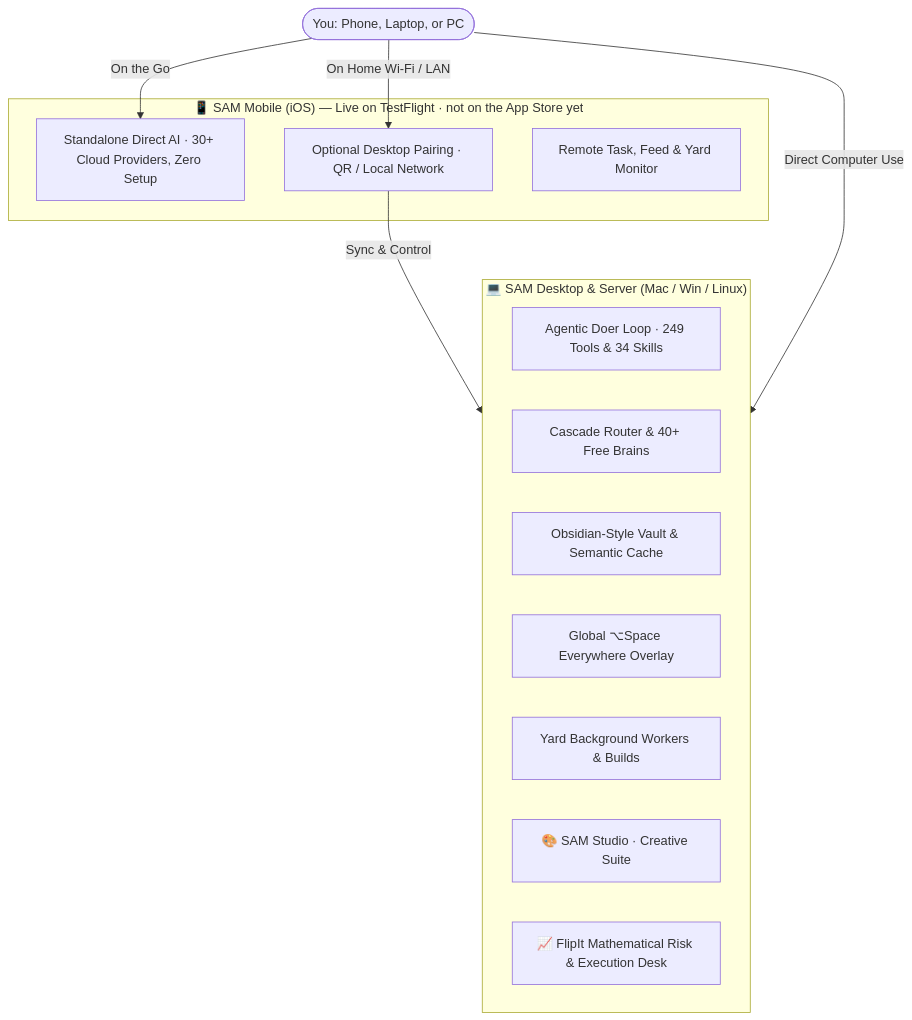
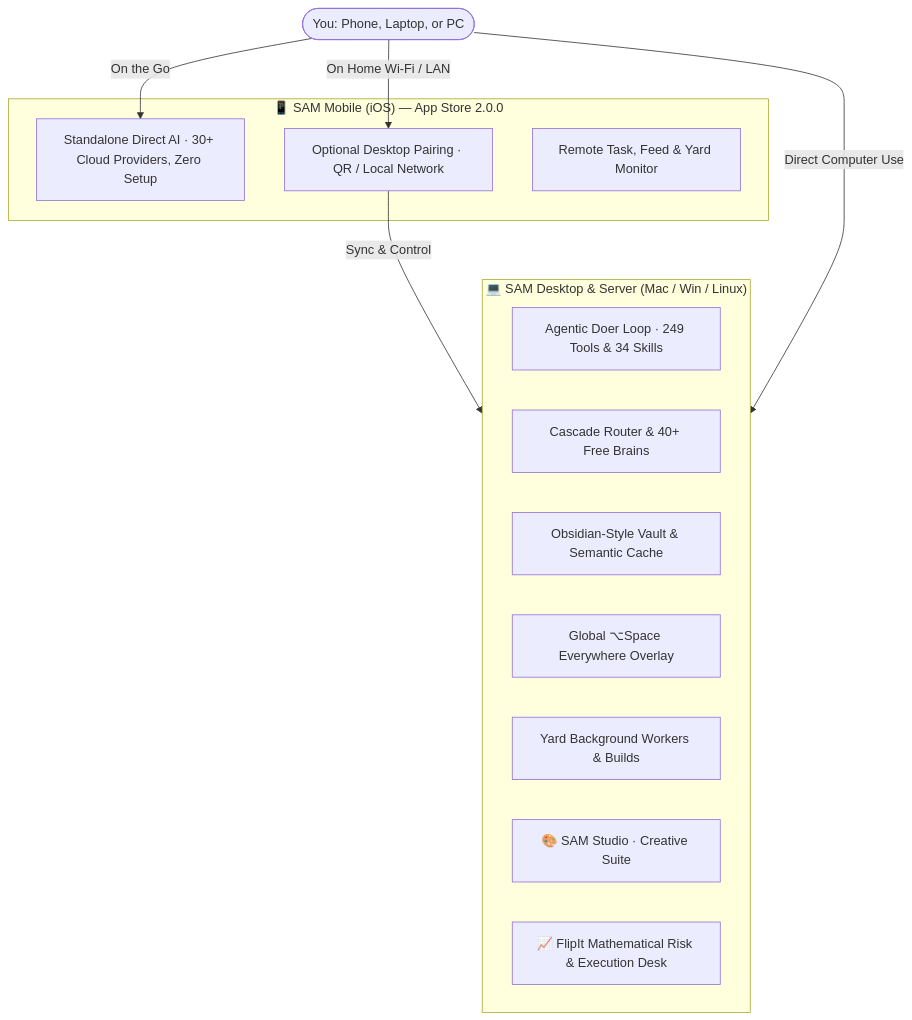
One commit to richhabits/sam changed the diagram in README.md. Above: the diagram before and after it, drawn with Mermaid. The commit also changed other lines of this file and 4 other files, not shown here.

````diff
--- a/README.md
+++ b/README.md
@@ -42,25 +42,25 @@
 ```mermaid
 graph TD
     User([You: Phone, Laptop, or PC])
     
-    subgraph Mobile ["📱 SAM Mobile (iOS) — Live on TestFlight · not on the App Store yet"]
+    subgraph Mobile ["📱 SAM Mobile (iOS) — App Store 2.0.0"]
         MobileAI[Standalone Direct AI · 30+ Cloud Providers, Zero Setup]
         MobilePair[Optional Desktop Pairing · QR / Local Network]
         MobileYard[Remote Task, Feed & Yard Monitor]
     end
     
     subgraph Core ["💻 SAM Desktop & Server (Mac / Win / Linux)"]
         Agent[Agentic Doer Loop · 249 Tools & 34 Skills]
         Cascade[Cascade Router & 40+ Free Brains]
         Memory[Obsidian-Style Vault & Semantic Cache]
         Overlay[Global ⌥Space Everywhere Overlay]
         Yard[Yard Background Workers & Builds]
         Studio[🎨 SAM Studio · Creative Suite]
         FlipIt[📈 FlipIt Mathematical Risk & Execution Desk]
     end
 
     User -->|On the Go| MobileAI
     User -->|On Home Wi-Fi / LAN| MobilePair
     MobilePair -->|Sync & Control| Core
     User -->|Direct Computer Use| Core
 ```
````
